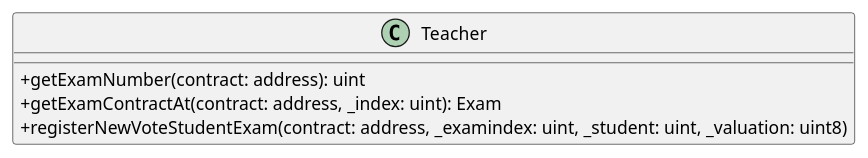
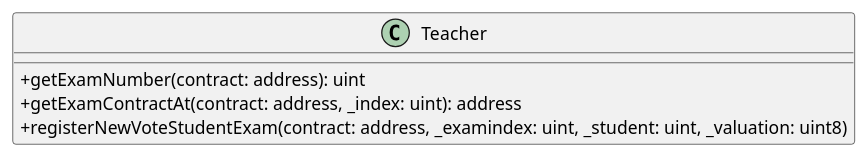
One commit to M9k/Marvin-Uml changed the diagram in web3function/file/Teacher.iuml. Above: the diagram before and after it, drawn with PlantUML.

Commit message:
Errore tipologia ritorno

```diff
--- a/web3function/file/Teacher.iuml
+++ b/web3function/file/Teacher.iuml
@@ -1,8 +1,8 @@
 @startuml
 skinparam classAttributeIconSize 0
 class Teacher {
 + getExamNumber(contract: address): uint
-+ getExamContractAt(contract: address, _index: uint): Exam
++ getExamContractAt(contract: address, _index: uint): address
 + registerNewVoteStudentExam(contract: address, _examindex: uint, _student: uint, _valuation: uint8)
 }
 @enduml
```
